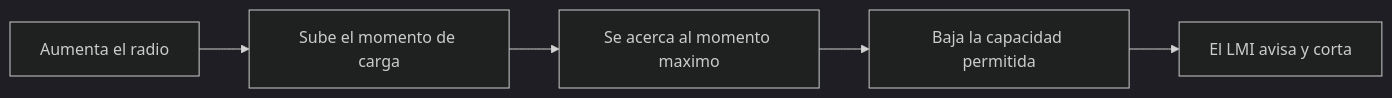
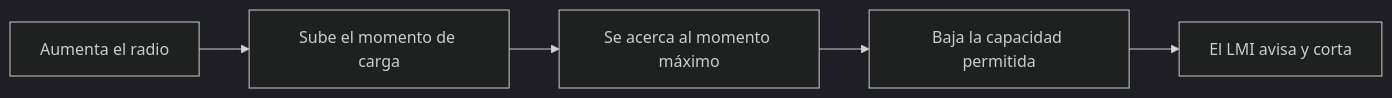
The diagram in vehiculos/gruas/recursos/recursos-grua.md (vladimiracunadev-create/machine-operator-program), drawn with Mermaid (dark theme) before and after one commit. The commit also changed other lines of this file and 442 other files, not shown here.

````diff
--- a/vehiculos/gruas/recursos/recursos-grua.md
+++ b/vehiculos/gruas/recursos/recursos-grua.md
@@ -31,7 +31,7 @@
 ```mermaid
 flowchart LR
     Radio[Aumenta el radio] --> Momento[Sube el momento de carga]
-    Momento --> Limite[Se acerca al momento maximo]
+    Momento --> Limite[Se acerca al momento máximo]
     Limite --> Capacidad[Baja la capacidad permitida]
     Capacidad --> LMI[El LMI avisa y corta]
 ```
````
